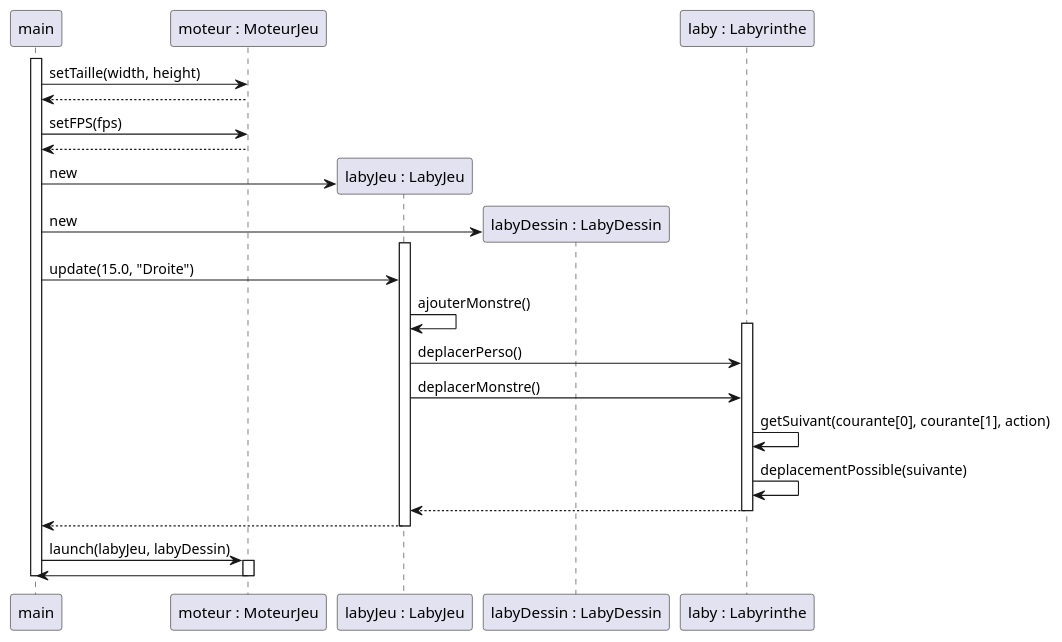
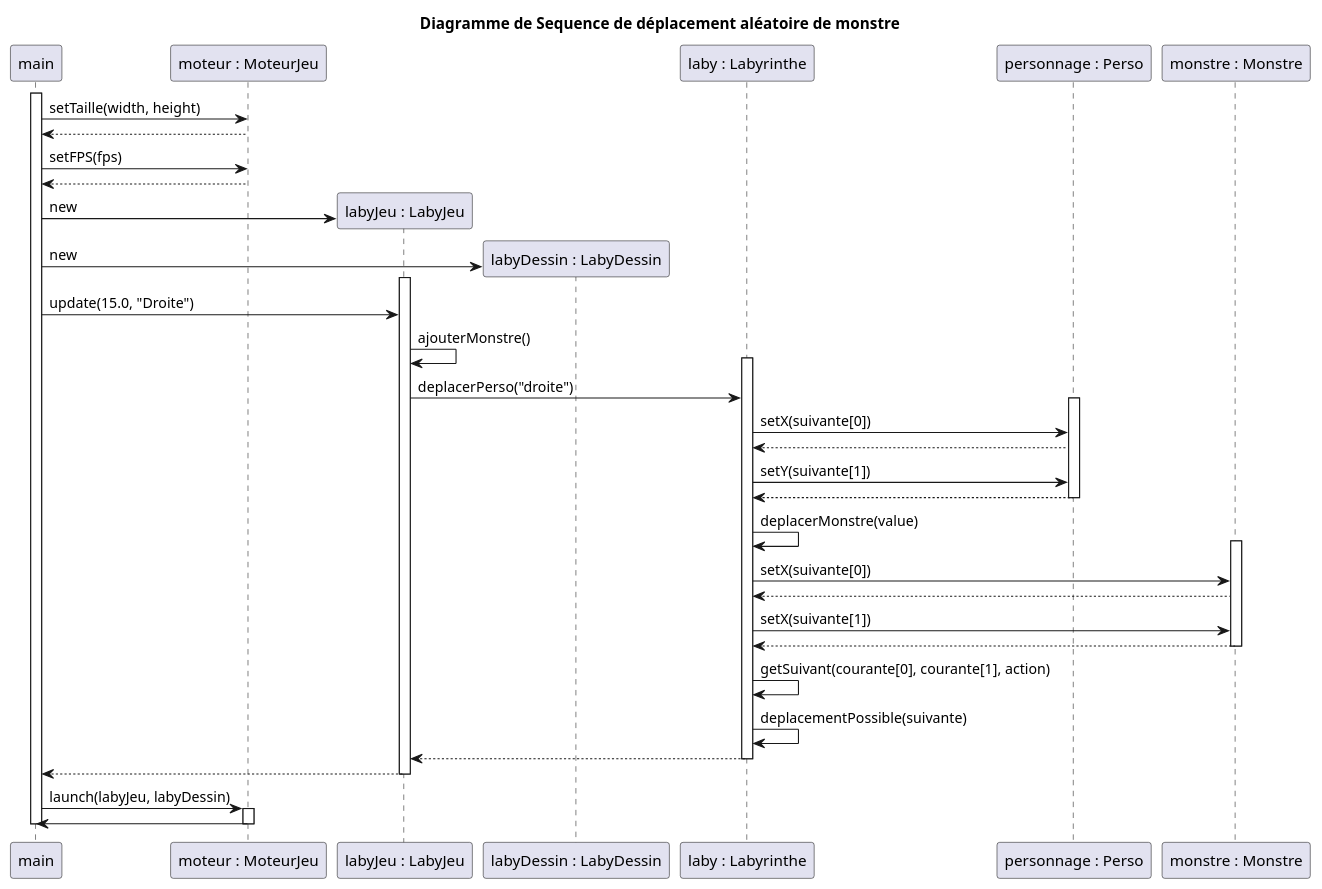
Before and after one commit to Zhi-Sheng-Trieu/2022_Zeldiablo_Doan_Oudin_Trieu_Noel: the diagram in documents/version_3/DiagrammeSeqDeplacementAleaMonstre.puml, drawn with PlantUML. The commit also changed 1 other file, not shown here.

Commit message:
correction diagramme sequence dep monstres

```diff
--- a/documents/version_3/DiagrammeSeqDeplacementAleaMonstre.puml
+++ b/documents/version_3/DiagrammeSeqDeplacementAleaMonstre.puml
@@ -1,40 +1,59 @@
 @startuml
+
+title Diagramme de Sequence de déplacement aléatoire de monstre
+
 participant "main" as main
 participant "moteur : MoteurJeu" as moteur
 participant "labyJeu : LabyJeu" as labyJeu
 participant "labyDessin : LabyDessin" as labyDessin
 participant "laby : Labyrinthe" as laby
+participant "personnage : Perso" as personnage
+participant "monstre : Monstre" as monstre
+
+
 
 
 activate main
     main -> moteur : setTaille(width, height)
     moteur --> main
     main -> moteur : setFPS(fps)
     moteur --> main
     create labyJeu
     main -> labyJeu : new
     create labyDessin
     main -> labyDessin : new
 
     activate labyJeu
         main -> labyJeu : update(15.0, "Droite")
         labyJeu -> labyJeu : ajouterMonstre()
         activate laby
-            labyJeu -> laby : deplacerPerso()
-            labyJeu -> laby : deplacerMonstre()
+            labyJeu -> laby : deplacerPerso("droite")
+            activate personnage
+                laby -> personnage : setX(suivante[0])
+                personnage --> laby
+                laby -> personnage : setY(suivante[1])
+                personnage --> laby
+            deactivate personnage
+            laby -> laby : deplacerMonstre(value)
+            activate monstre
+                laby -> monstre : setX(suivante[0])
+                monstre --> laby
+                laby -> monstre : setX(suivante[1])
+                monstre --> laby
+            deactivate monstre
             laby -> laby : getSuivant(courante[0], courante[1], action)
             laby -> laby : deplacementPossible(suivante)
             laby --> labyJeu
         deactivate laby
 
     labyJeu --> main
     deactivate labyJeu
 
     main -> moteur : launch(labyJeu, labyDessin)
     activate moteur
     moteur -> main
     deactivate moteur
 
 deactivate main
 
 @enduml
```
